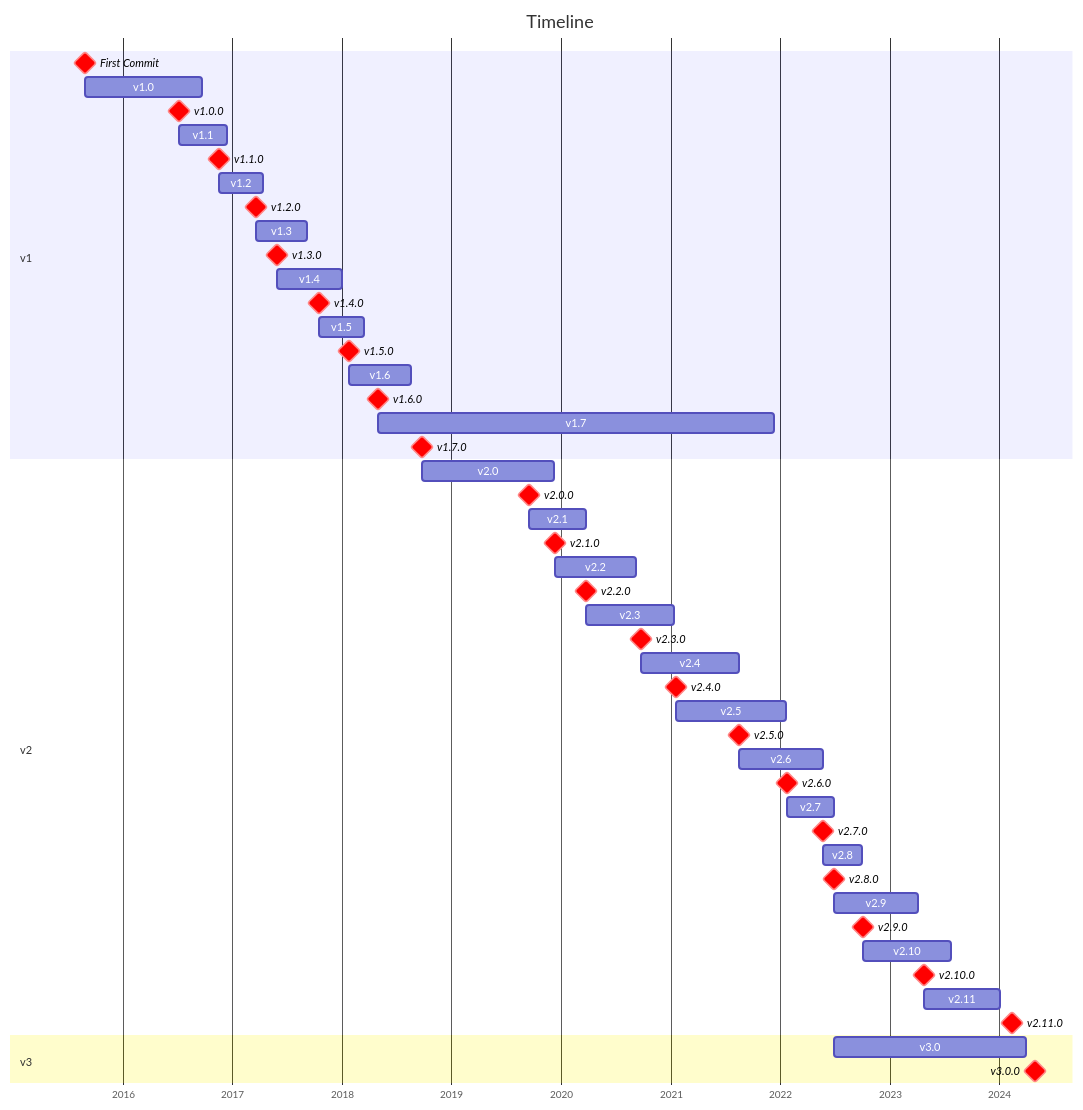
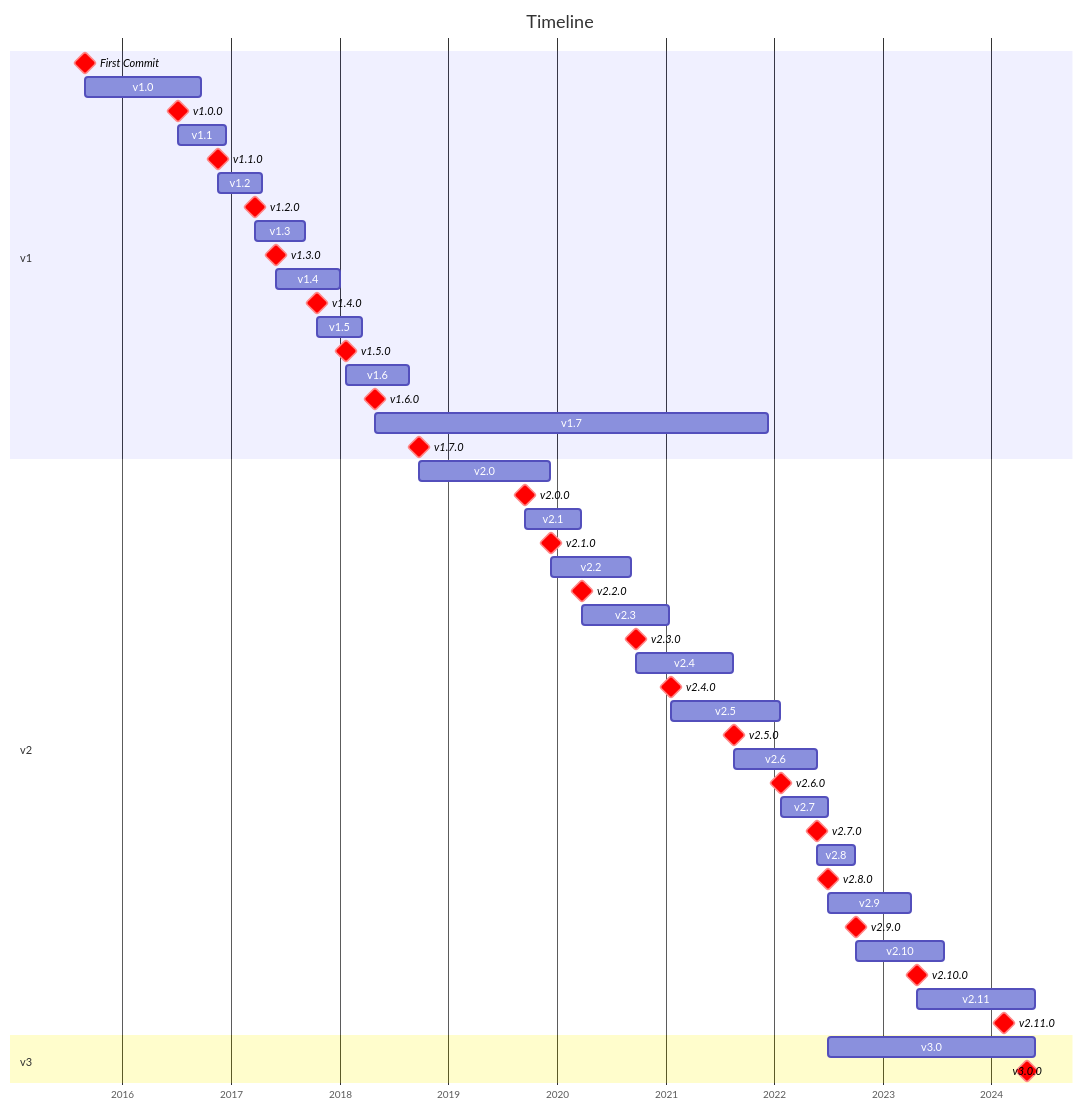
Before and after one commit to traefik-contrib/traefik-history: the first of 22 diagrams in readme.md, drawn with Mermaid.

Commit message:
feat: update versions

````diff
--- a/readme.md
+++ b/readme.md
@@ -17,56 +17,56 @@
 ```mermaid
 gantt
     title Timeline
     todayMarker off
     tickInterval 1year
     axisFormat %Y
     dateFormat YYYY-MM-DD HH:mm:ss
     section v1
         First Commit: crit, milestone, m1, 2015-08-28 18:09:22, 0d
         v1.0: after m1, 2016-09-22 15:00:43
         v1.0.0: crit, milestone, v10, 2016-07-06 01:09:33, 0d
         v1.1: after v10, 2016-12-15 11:13:30
         v1.1.0: crit, milestone, v11, 2016-11-17 22:41:11, 0d
         v1.2: after v11, 2017-04-13 21:09:40
         v1.2.0: crit, milestone, v12, 2017-03-21 10:37:24, 0d
         v1.3: after v12, 2017-09-07 22:04:03
         v1.3.0: crit, milestone, v13, 2017-05-31 10:11:16, 0d
         v1.4: after v13, 2018-01-02 12:54:03
         v1.4.0: crit, milestone, v14, 2017-10-16 18:42:03, 0d
         v1.5: after v14, 2018-03-15 14:26:03
         v1.5.0: crit, milestone, v15, 2018-01-23 17:34:04, 0d
         v1.6: after v15, 2018-08-20 14:46:02
         v1.6.0: crit, milestone, v16, 2018-04-30 23:20:05, 0d
         v1.7: after v16, 2021-12-10 17:54:05
         v1.7.0: crit, milestone, v17, 2018-09-24 11:44:03, 0d
 
     section v2
         v2.0: after v17, 2019-12-09 18:34:04
         v2.0.0: crit, milestone, v20, 2019-09-16 18:28:04, 0d
         v2.1: after v20, 2020-03-23 17:40:04
         v2.1.0: crit, milestone, v21, 2019-12-11 18:40:04, 0d
         v2.2: after v21, 2020-09-07 16:00:03
         v2.2.0: crit, milestone, v22, 2020-03-25 17:46:04, 0d
         v2.3: after v22, 2021-01-11 18:48:03
         v2.3.0: crit, milestone, v23, 2020-09-23 12:44:04, 0d
         v2.4: after v23, 2021-08-16 17:26:14
         v2.4.0: crit, milestone, v24, 2021-01-19 16:50:04, 0d
         v2.5: after v24, 2022-01-20 17:08:07
         v2.5.0: crit, milestone, v25, 2021-08-17 18:04:05, 0d
         v2.6: after v25, 2022-05-24 16:14:08
         v2.6.0: crit, milestone, v26, 2022-01-24 17:58:04, 0d
         v2.7: after v26, 2022-06-29 15:44:08
         v2.7.0: crit, milestone, v27, 2022-05-24 18:58:08, 0d
         v2.8: after v27, 2022-09-30 12:03:03
         v2.8.0: crit, milestone, v28, 2022-06-29 17:38:37, 0d
         v2.9: after v28, 2023-04-06 18:10:03
         v2.9.0: crit, milestone, v29, 2022-10-03 16:17:58, 0d
         v2.10: after v29, 2023-07-24 16:44:05
         v2.10.0: crit, milestone, v210, 2023-04-24 15:38:05, 0d
-        v2.11: after v210, 2024-01-03 11:12:05
+        v2.11: after v210, 2024-05-27 00:00:00
         v2.11.0: crit, milestone, v211, 2024-02-12 16:14:04, 0d
 
     section v3
-        v3.0: after v28, 2024-04-01 00:00:00
+        v3.0: after v28, 2024-05-27 00:00:00
         v3.0.0: crit, milestone, v30, 2024-04-29 16:06:04, 0d
 ```
````
